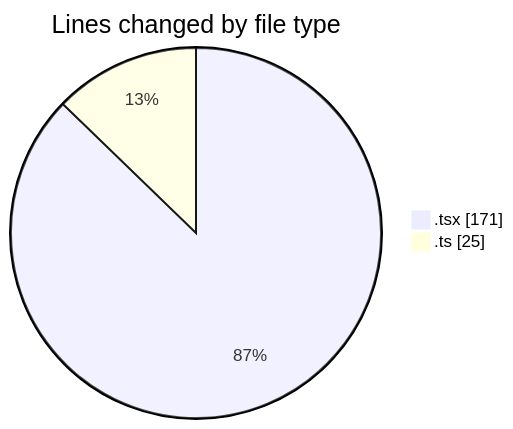
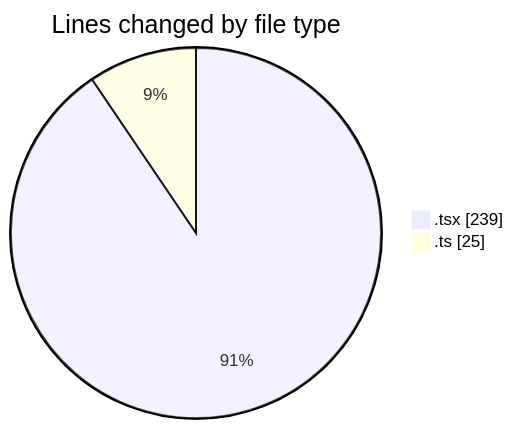
One commit to robertbonfada/code-tracking changed the first of 2 diagrams in 2025-03-19/peregrino-web/README.md. Above: the diagram before and after it, drawn with Mermaid. The commit also changed other lines of this file and 1 other file, not shown here.

````diff
--- a/2025-03-19/peregrino-web/README.md
+++ b/2025-03-19/peregrino-web/README.md
@@ -25,6 +25,6 @@
 ```mermaid
 pie showData
 title Lines changed by file type
-".tsx" : 171
+".tsx" : 239
 ".ts" : 25
 ```
````
